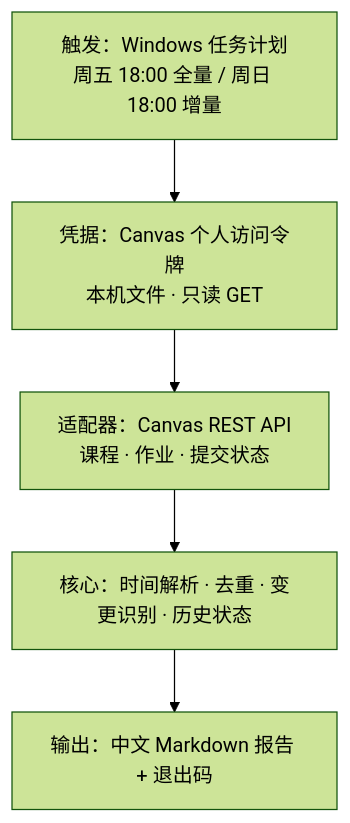
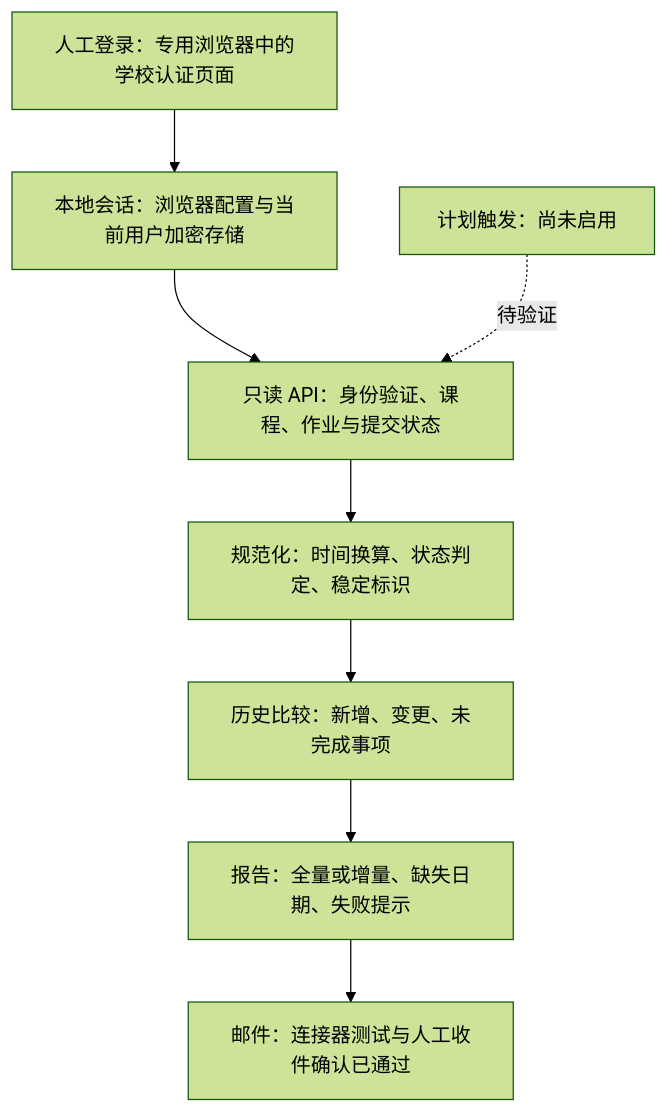
The diagram in projects/homework-agent/README.md (lpwei-quant/modeling-analytics-portfolio), drawn with Mermaid (forest theme) before and after one commit. The commit also changed other lines of this file and 2 other files, not shown here.

````diff
--- a/projects/homework-agent/README.md
+++ b/projects/homework-agent/README.md
@@ -35,9 +17,13 @@
 ```mermaid
 flowchart TD
-  T["触发：Windows 任务计划<br/>周五 18:00 全量 / 周日 18:00 增量"]
-  C["凭据：Canvas 个人访问令牌<br/>本机文件 · 只读 GET"]
-  A["适配器：Canvas REST API<br/>课程 · 作业 · 提交状态"]
-  K["核心：时间解析 · 去重 · 变更识别 · 历史状态"]
-  O["输出：中文 Markdown 报告 + 退出码"]
-  T --> C --> A --> K --> O
+  H["人工登录：专用浏览器中的学校认证页面"]
+  S["本地会话：浏览器配置与当前用户加密存储"]
+  A["只读 API：身份验证、课程、作业与提交状态"]
+  N["规范化：时间换算、状态判定、稳定标识"]
+  D["历史比较：新增、变更、未完成事项"]
+  R["报告：全量或增量、缺失日期、失败提示"]
+  E["邮件：连接器测试与人工收件确认已通过"]
+  T["计划触发：尚未启用"]
+  H --> S --> A --> N --> D --> R --> E
+  T -.待验证.-> A
 ```
````
